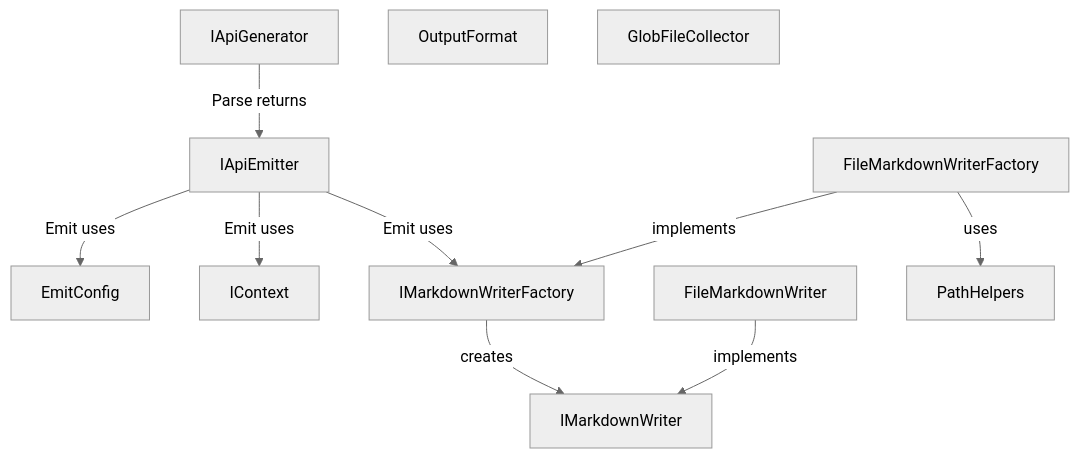
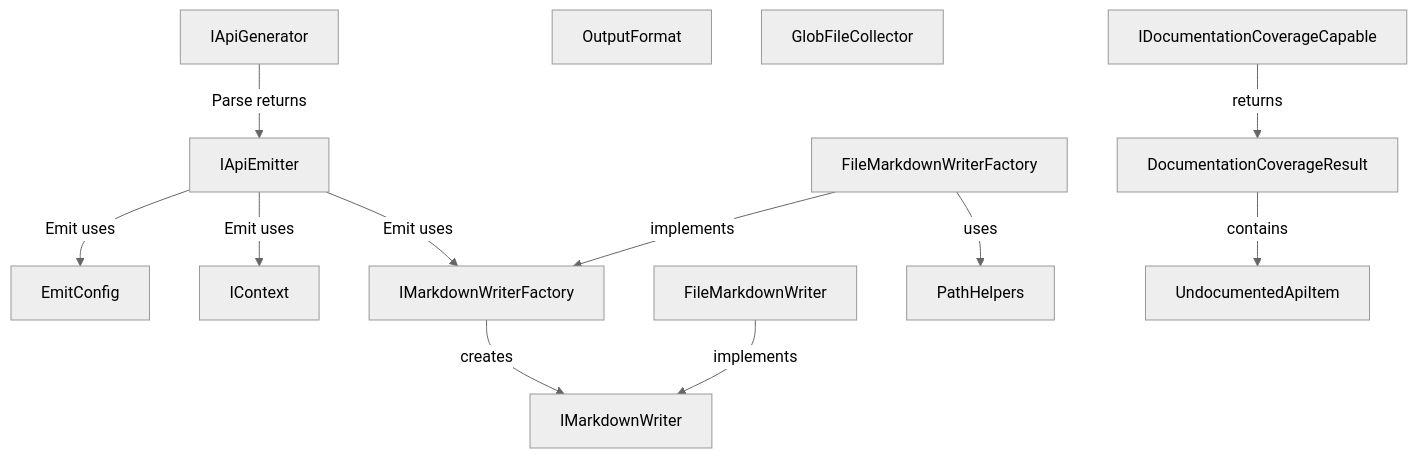
Before and after one commit to demaconsulting/ApiMark: the diagram in docs/design/api-mark-core.md, drawn with Mermaid (neutral theme). The commit also changed other lines of this file and 95 other files, not shown here.

First line of the commit message:
Enhance API documentation coverage enforcement for .NET, C++, and VHDL (#36)

````diff
--- a/docs/design/api-mark-core.md
+++ b/docs/design/api-mark-core.md
@@ -17,17 +17,19 @@
 ```mermaid
 flowchart TD
     IApiGenerator --> |Parse returns| IApiEmitter
     EmitConfig
     OutputFormat
     IContext
     IMarkdownWriterFactory
     IMarkdownWriter
     GlobFileCollector
     FileMarkdownWriterFactory --> |implements| IMarkdownWriterFactory
     FileMarkdownWriter --> |implements| IMarkdownWriter
     IMarkdownWriterFactory --> |creates| IMarkdownWriter
     FileMarkdownWriterFactory --> |uses| PathHelpers
     IApiEmitter --> |Emit uses| IMarkdownWriterFactory
     IApiEmitter --> |Emit uses| EmitConfig
     IApiEmitter --> |Emit uses| IContext
+    IDocumentationCoverageCapable --> |returns| DocumentationCoverageResult
+    DocumentationCoverageResult --> |contains| UndocumentedApiItem
 ```
````
